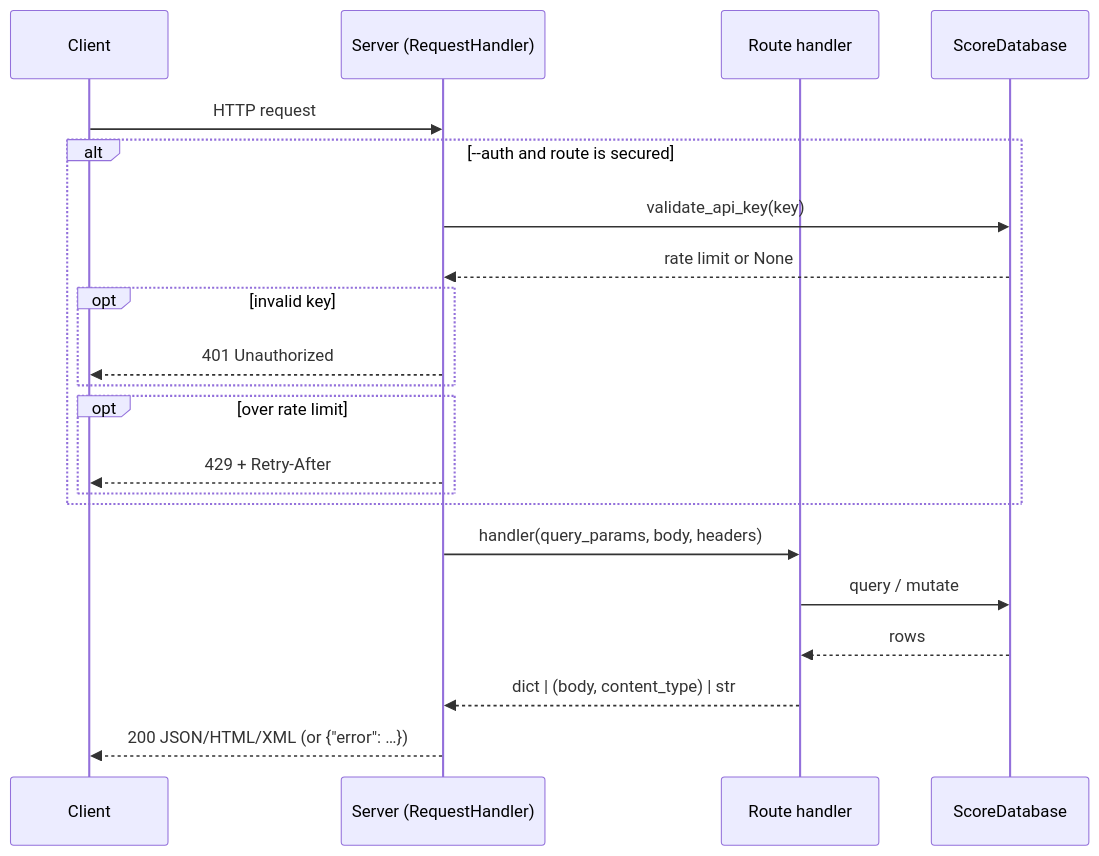
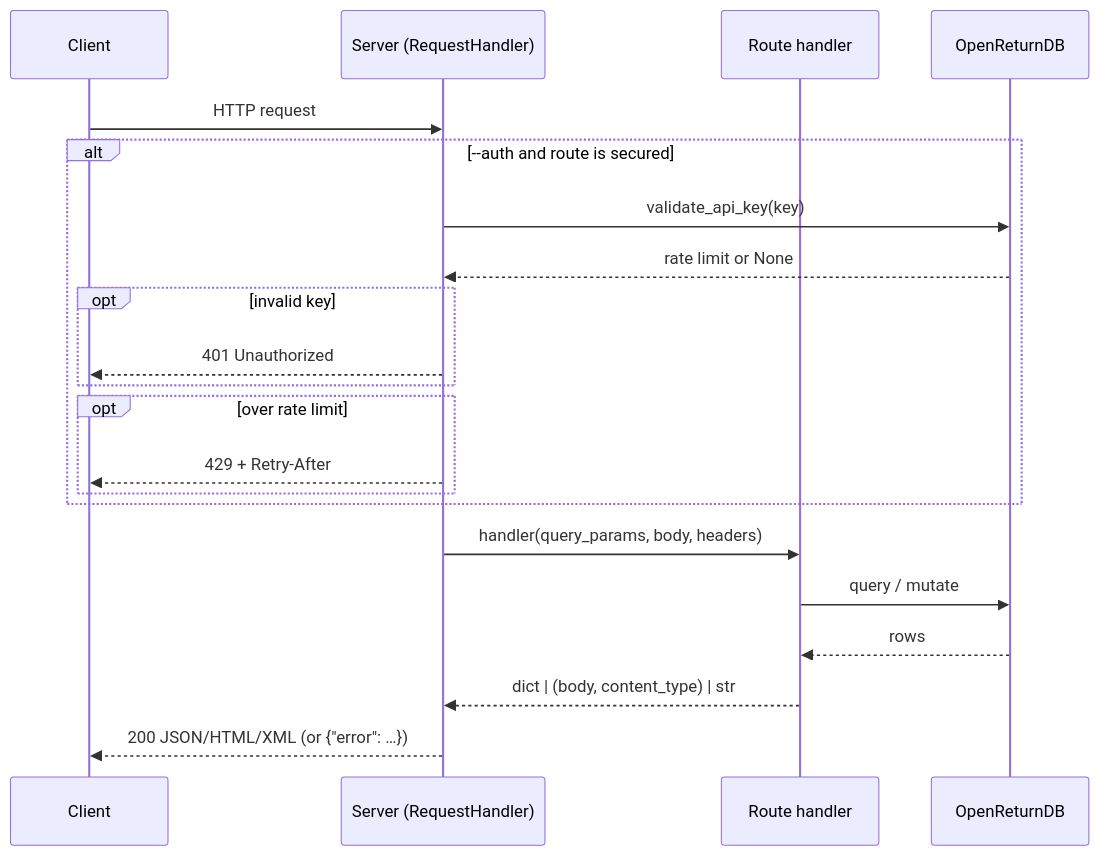
One commit to CalamooseLabs/OpenReturn changed the third of 3 diagrams in docs/development/architecture.md. Above: the diagram before and after it, drawn with Mermaid. The commit also changed other lines of this file and 51 other files, not shown here.

````diff
--- a/docs/development/architecture.md
+++ b/docs/development/architecture.md
@@ -261,23 +240,23 @@
 ```mermaid
 sequenceDiagram
   participant C as Client
   participant S as Server (RequestHandler)
   participant H as Route handler
-  participant DB as ScoreDatabase
+  participant DB as OpenReturnDB
   C->>S: HTTP request
   alt --auth and route is secured
     S->>DB: validate_api_key(key)
     DB-->>S: rate limit or None
     opt invalid key
       S-->>C: 401 Unauthorized
     end
     opt over rate limit
       S-->>C: 429 + Retry-After
     end
   end
   S->>H: handler(query_params, body, headers)
   H->>DB: query / mutate
   DB-->>H: rows
   H-->>S: dict | (body, content_type) | str
   S-->>C: 200 JSON/HTML/XML (or {"error": …})
 ```
````
